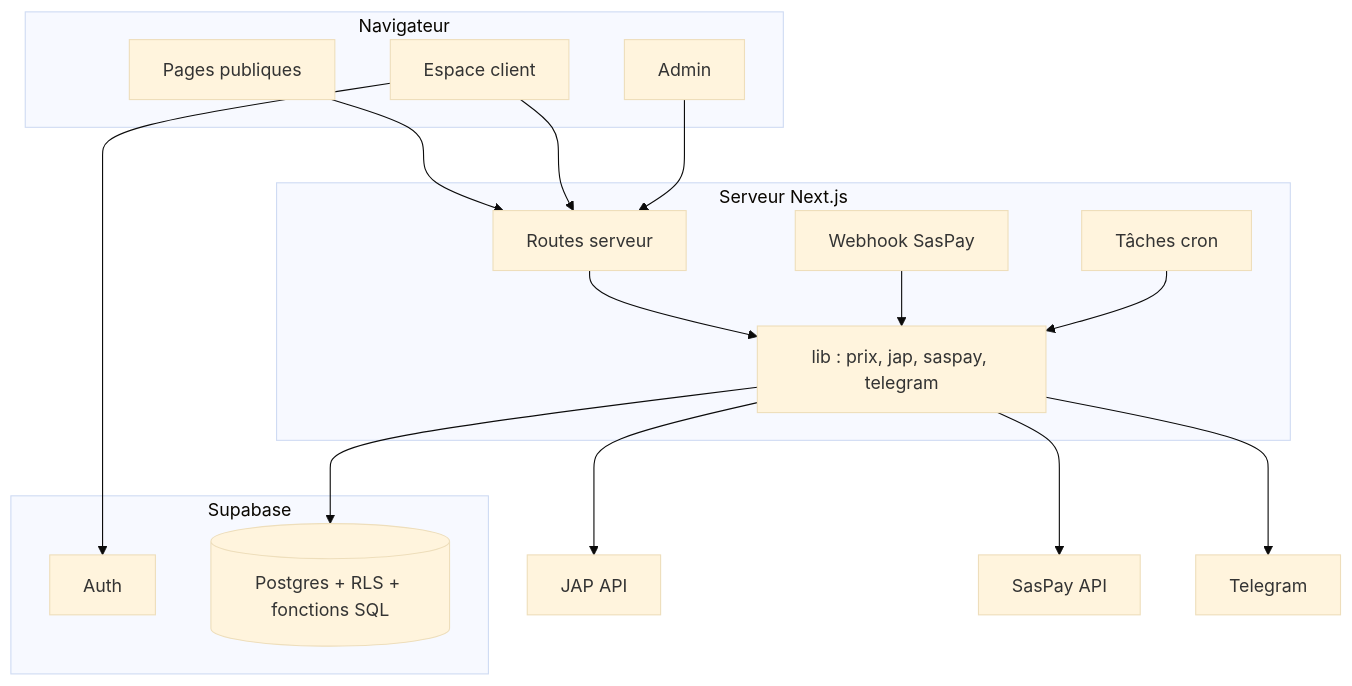
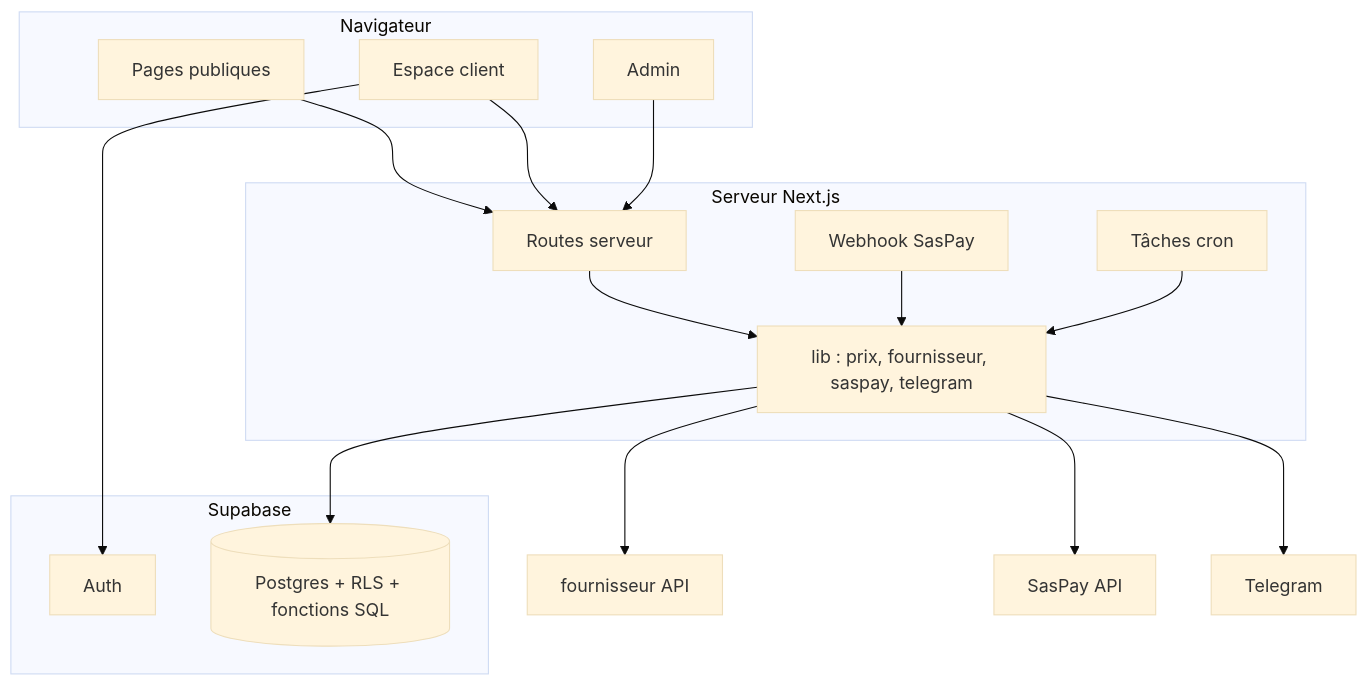
One commit to lyon32/lyonpanel changed the third of 13 diagrams in ARCHITECTURE.md. Above: the diagram before and after it, drawn with Mermaid (base theme). The commit also changed other lines of this file and 39 other files, not shown here.

Commit message:
docs(phase-4): phase 3 validée, JAP remplacé par fournisseur, plan de la phase 4

````diff
--- a/ARCHITECTURE.md
+++ b/ARCHITECTURE.md
@@ -77,29 +77,29 @@
 ```mermaid
 flowchart TB
   subgraph Navigateur
     PUB[Pages publiques]
     CLI[Espace client]
     ADM[Admin]
   end
   subgraph Serveur Next.js
     RS[Routes serveur]
     WH[Webhook SasPay]
     CRON[Tâches cron]
-    LIB[lib : prix, jap, saspay, telegram]
+    LIB[lib : prix, fournisseur, saspay, telegram]
   end
   subgraph Supabase
     AUTH[Auth]
     DB[(Postgres + RLS + fonctions SQL)]
   end
   PUB --> RS
   CLI --> RS
   ADM --> RS
   RS --> LIB
   WH --> LIB
   CRON --> LIB
   LIB --> DB
   CLI --> AUTH
-  LIB --> JAP[JAP API]
+  LIB --> fournisseur[fournisseur API]
   LIB --> SAS[SasPay API]
   LIB --> TG[Telegram]
 ```
````
